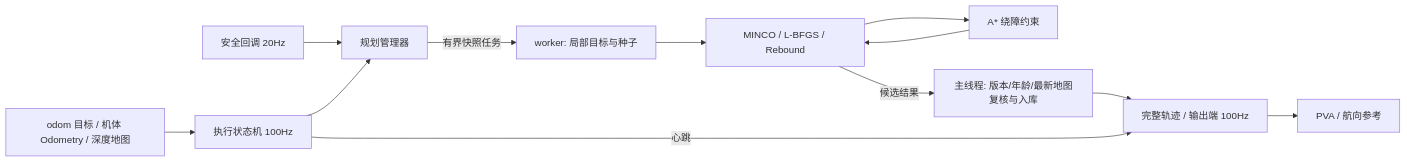
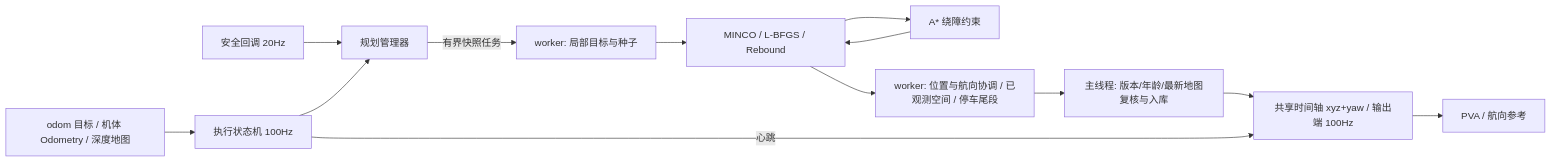
The second of 2 diagrams in docs/architecture.md (3SE-Competitive-Robotics-Team/firefly), drawn with Mermaid before and after one commit. The commit also changed other lines of this file and 28 other files, not shown here.

````diff
--- a/docs/architecture.md
+++ b/docs/architecture.md
@@ -437,14 +455,15 @@
 ```mermaid
 flowchart LR
     Input[odom 目标 / 机体 Odometry / 深度地图] --> FSM[执行状态机 100Hz]
     Safety[安全回调 20Hz] --> Manager[规划管理器]
     FSM --> Manager
     Manager -->|有界快照任务| Init[worker: 局部目标与种子]
     Init --> Optimizer[MINCO / L-BFGS / Rebound]
     Optimizer --> AStar[A* 绕障约束]
     AStar --> Optimizer
-    Optimizer -->|候选结果| Store[主线程: 版本/年龄/最新地图复核与入库]
-    Store --> Server[完整轨迹 / 输出端 100Hz]
+    Optimizer --> Motion[worker: 位置与航向协调 / 已观测空间 / 停车尾段]
+    Motion --> Store[主线程: 版本/年龄/最新地图复核与入库]
+    Store --> Server[共享时间轴 xyz+yaw / 输出端 100Hz]
     FSM -->|心跳| Server
     Server --> Reference[PVA / 航向参考]
 ```
````
